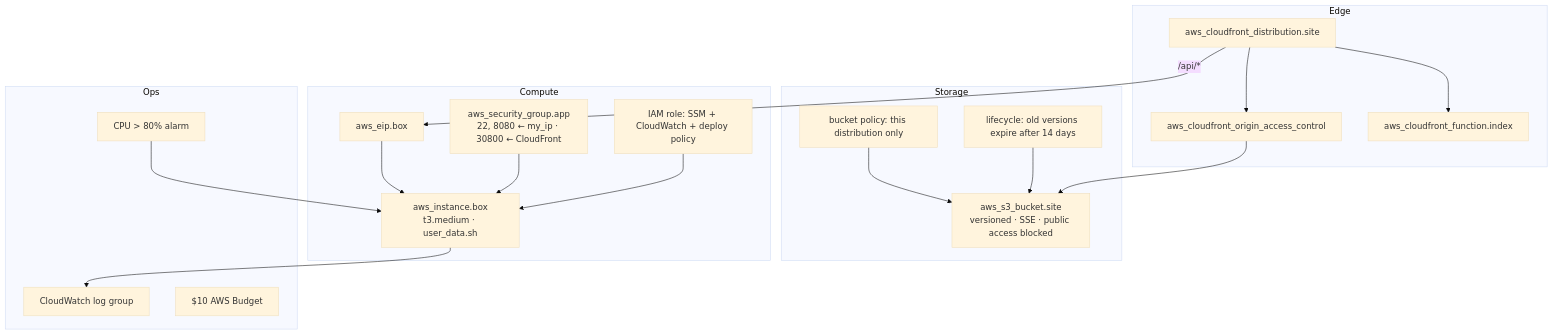
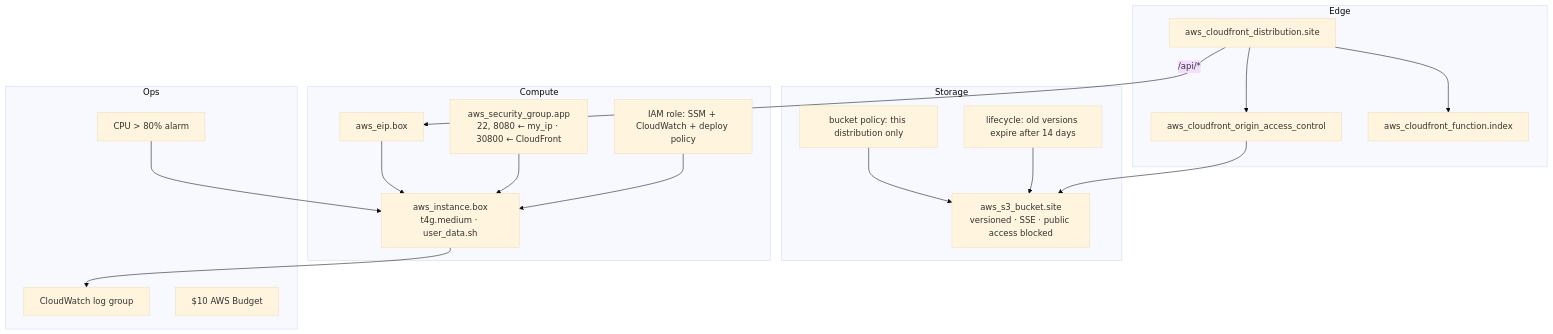
Before and after one commit to DavidBatoDev/ss-to-code: the third of 8 diagrams in README.md, drawn with Mermaid (base theme). The commit also changed other lines of this file and 5 other files, not shown here.

````diff
--- a/README.md
+++ b/README.md
@@ -189,33 +190,33 @@
 ```mermaid
 flowchart TB
   subgraph Edge
     CFD[aws_cloudfront_distribution.site]
     CFF[aws_cloudfront_function.index]
     OAC[aws_cloudfront_origin_access_control]
   end
   subgraph Storage
     B[aws_s3_bucket.site<br/>versioned · SSE · public access blocked]
     BP[bucket policy: this distribution only]
     LC[lifecycle: old versions expire after 14 days]
   end
   subgraph Compute
-    I[aws_instance.box<br/>t3.medium · user_data.sh]
+    I[aws_instance.box<br/>t4g.medium · user_data.sh]
     EIP[aws_eip.box]
     SG[aws_security_group.app<br/>22, 8080 ← my_ip · 30800 ← CloudFront]
     R[IAM role: SSM + CloudWatch + deploy policy]
   end
   subgraph Ops
     LG[CloudWatch log group]
     AL[CPU > 80% alarm]
     BUD[$10 AWS Budget]
   end
   CFD --> CFF
   CFD --> OAC --> B
   BP --> B
   LC --> B
   CFD -->|/api/*| EIP --> I
   SG --> I
   R --> I
   I --> LG
   AL --> I
 ```
````
